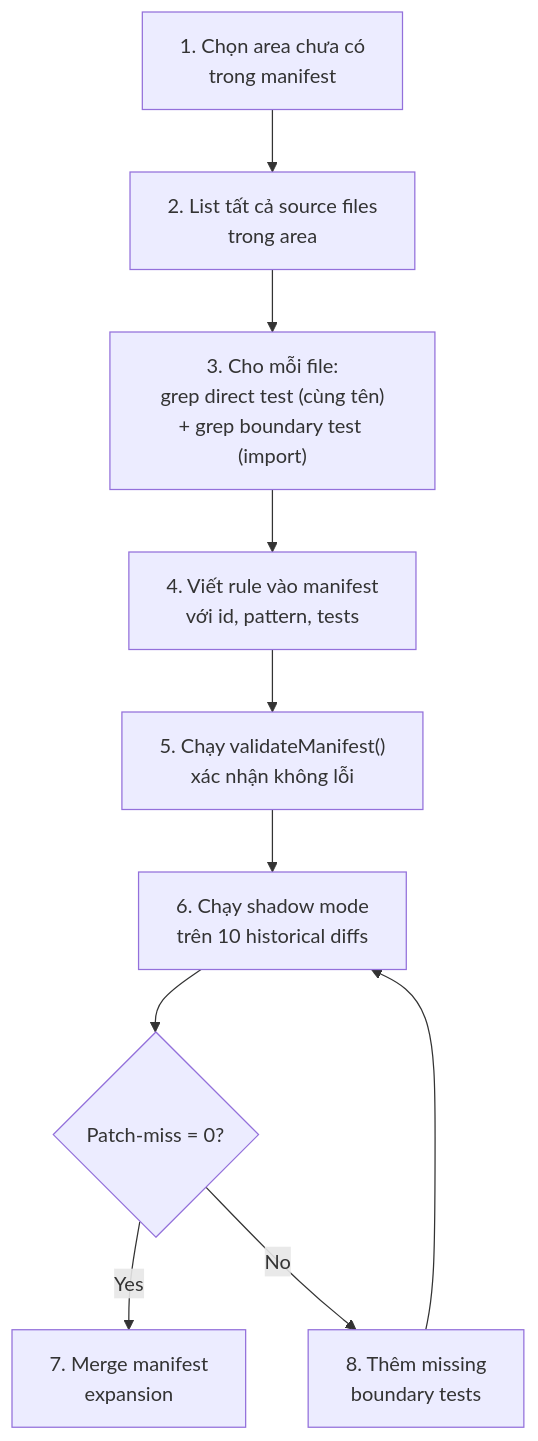
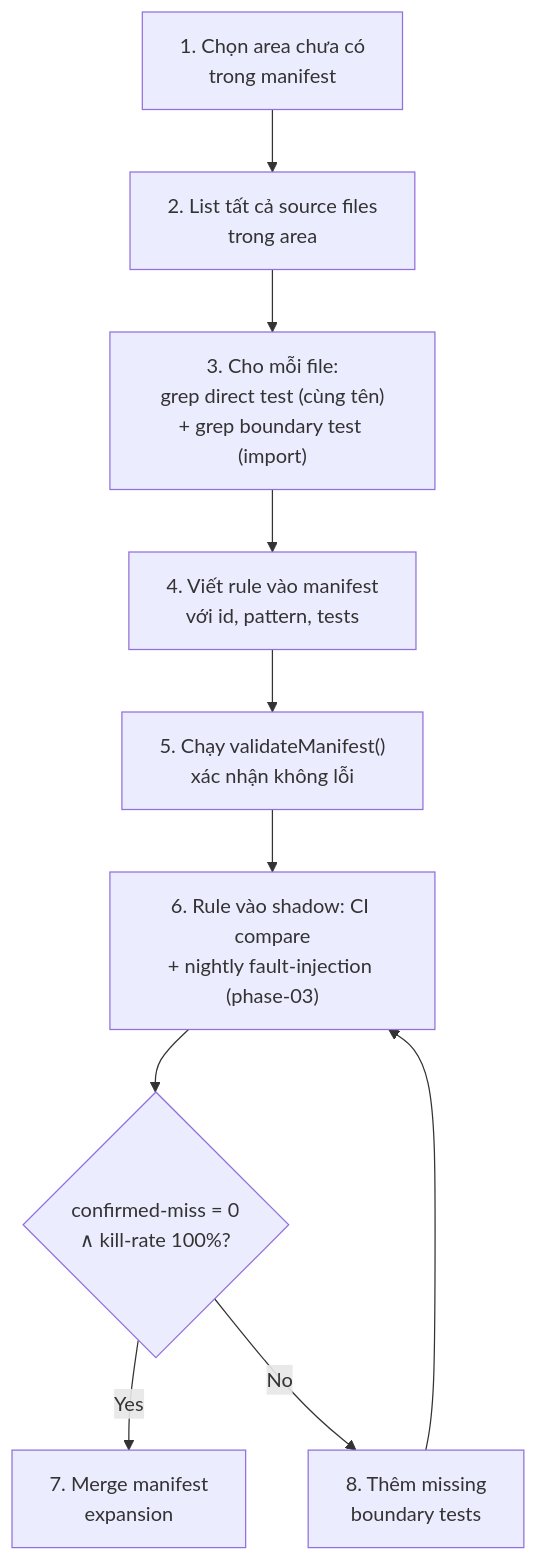
The third of 4 diagrams in plans/260922-test-suite-optimization/plan.md (vantt/forgent), drawn with Mermaid before and after one commit. The commit also changed other lines of this file, not shown here.

Commit message:
docs: incorporate D-OPT-09 for Pillar 3 pivot (Shadow CI + fault injection)

````diff
--- a/plans/260922-test-suite-optimization/plan.md
+++ b/plans/260922-test-suite-optimization/plan.md
@@ -405,12 +405,12 @@
 ```mermaid
 flowchart TD
   A["1. Chọn area chưa có\ntrong manifest"] --> B["2. List tất cả source files\ntrong area"]
   B --> C["3. Cho mỗi file:\ngrep direct test (cùng tên)\n+ grep boundary test (import)"]
   C --> D["4. Viết rule vào manifest\nvới id, pattern, tests"]
   D --> E["5. Chạy validateManifest()\nxác nhận không lỗi"]
-  E --> F["6. Chạy shadow mode\ntrên 10 historical diffs"]
-  F --> G{Patch-miss = 0?}
+  E --> F["6. Rule vào shadow: CI compare\n+ nightly fault-injection (phase-03)"]
+  F --> G{confirmed-miss = 0\n∧ kill-rate 100%?}
   G -->|Yes| H["7. Merge manifest\nexpansion"]
   G -->|No| I["8. Thêm missing\nboundary tests"]
   I --> F
 ```
````
